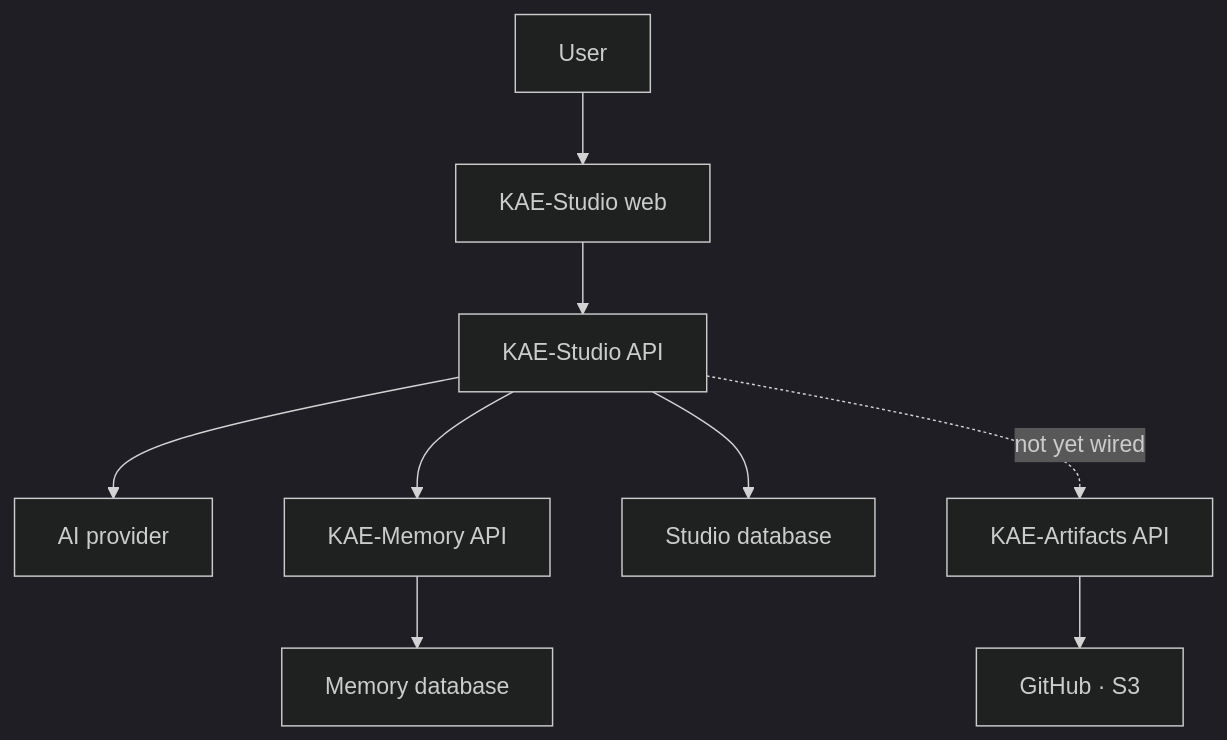
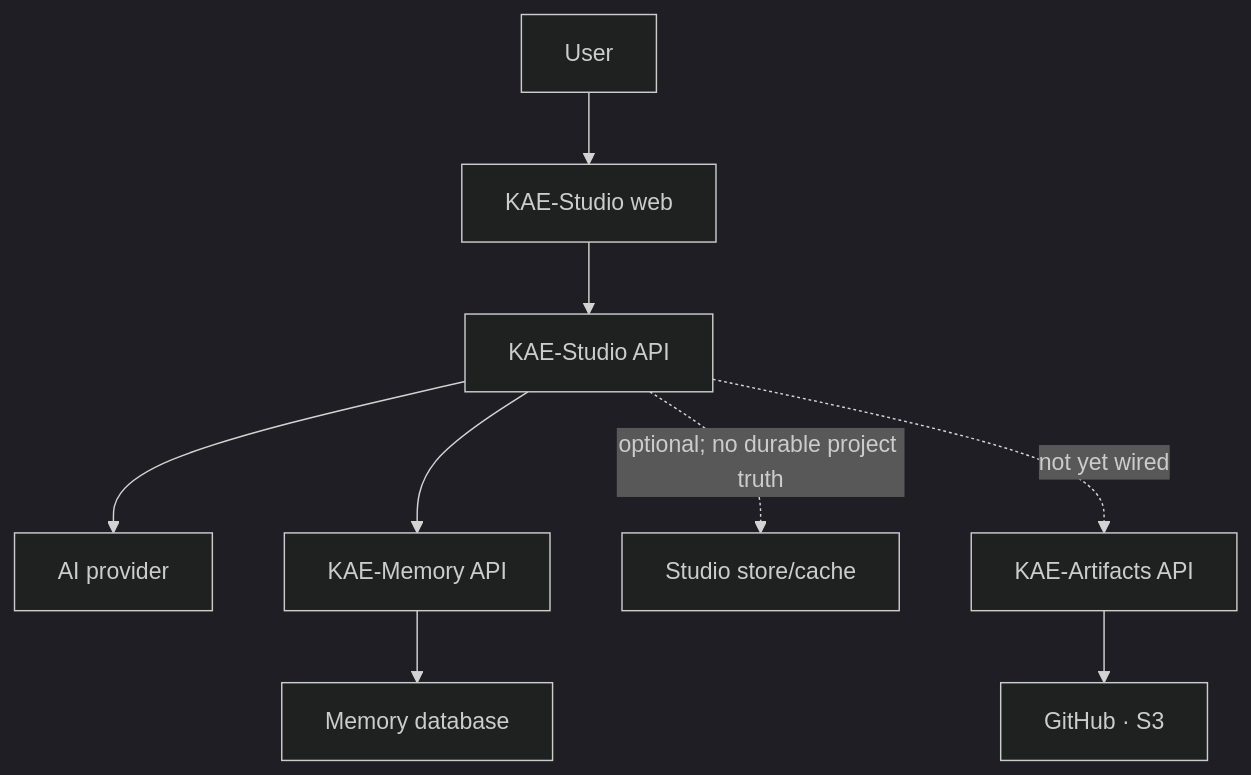
The diagram in docs/architecture/SYSTEM_BOUNDARY.md (crismag/KAE-Studio), drawn with Mermaid (dark theme) before and after one commit. The commit also changed other lines of this file and 8 other files, not shown here.

````diff
--- a/docs/architecture/SYSTEM_BOUNDARY.md
+++ b/docs/architecture/SYSTEM_BOUNDARY.md
@@ -7,11 +7,11 @@
 ```mermaid
 flowchart TD
     U["User"] --> S["KAE-Studio web"]
     S --> A["KAE-Studio API"]
     A --> P["AI provider"]
     A --> M["KAE-Memory API"]
-    A --> D["Studio database"]
+    A -.->|optional; no durable project truth| D["Studio store/cache"]
     M --> K["Memory database"]
     A -.->|not yet wired| R["KAE-Artifacts API"]
     R --> O["GitHub · S3"]
 ```
````
